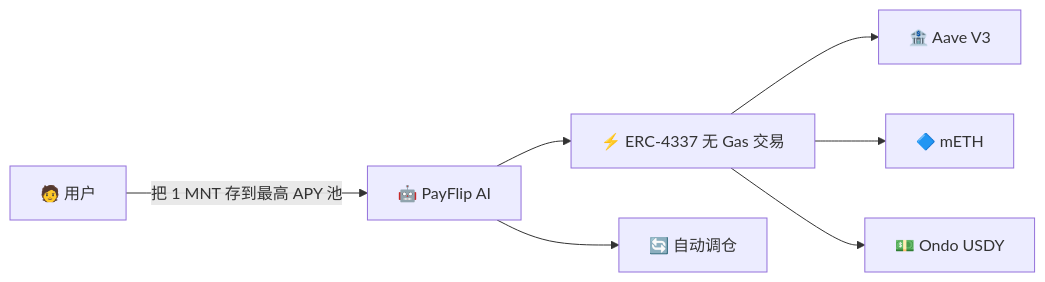
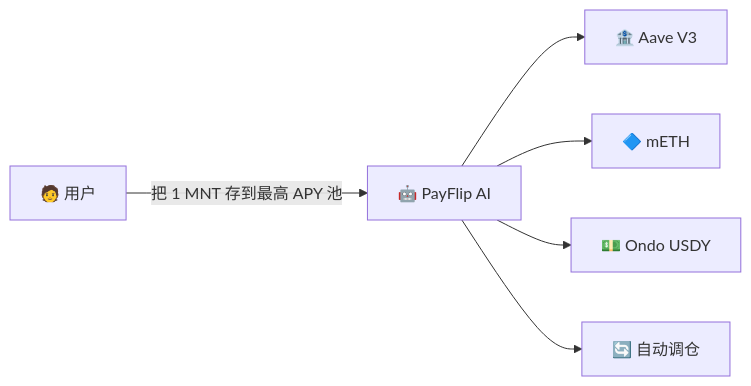
Before and after one commit to cxllllllllll28/payfilp: the third of 4 diagrams in README.md, drawn with Mermaid. The commit also changed other lines of this file and 6 other files, not shown here.

````diff
--- a/README.md
+++ b/README.md
@@ -500,9 +469,8 @@
 ```mermaid
 flowchart LR
     A[🧑 用户] -->|"把 1 MNT 存到最高 APY 池"| B[🤖 PayFlip AI]
-    B --> C[⚡ ERC-4337 无 Gas 交易]
-    C --> D[🏦 Aave V3]
-    C --> E[🔷 mETH]
-    C --> F[💵 Ondo USDY]
+    B --> D[🏦 Aave V3]
+    B --> E[🔷 mETH]
+    B --> F[💵 Ondo USDY]
     B --> G[🔄 自动调仓]
 ```
````
